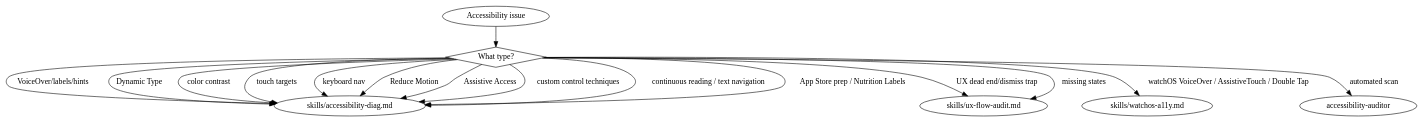
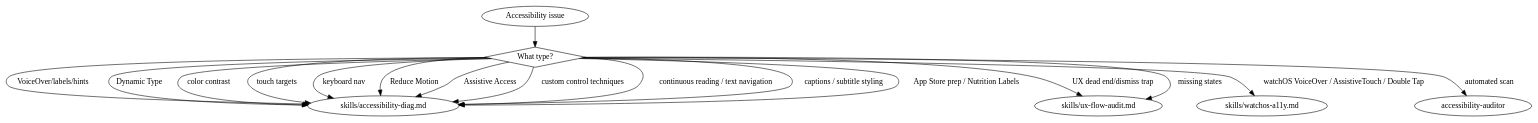
The diagram in axiom-codex/skills/axiom-accessibility/SKILL.md (CharlesWiltgen/Axiom), drawn with Graphviz before and after one commit. The commit also changed other lines of this file and 51 other files, not shown here.

First line of the commit message:
feat(os27): fold subtitle/caption styling and assorted iOS 27 APIs across surfaces

````diff
--- a/axiom-codex/skills/axiom-accessibility/SKILL.md
+++ b/axiom-codex/skills/axiom-accessibility/SKILL.md
@@ -42,22 +43,23 @@
 ```dot
 digraph accessibility {
     start [label="Accessibility issue" shape=ellipse];
     what [label="What type?" shape=diamond];
 
     start -> what;
     what -> "skills/accessibility-diag.md" [label="VoiceOver/labels/hints"];
     what -> "skills/accessibility-diag.md" [label="Dynamic Type"];
     what -> "skills/accessibility-diag.md" [label="color contrast"];
     what -> "skills/accessibility-diag.md" [label="touch targets"];
     what -> "skills/accessibility-diag.md" [label="keyboard nav"];
     what -> "skills/accessibility-diag.md" [label="Reduce Motion"];
     what -> "skills/accessibility-diag.md" [label="Assistive Access"];
     what -> "skills/accessibility-diag.md" [label="custom control techniques"];
     what -> "skills/accessibility-diag.md" [label="continuous reading / text navigation"];
+    what -> "skills/accessibility-diag.md" [label="captions / subtitle styling"];
     what -> "skills/accessibility-diag.md" [label="App Store prep / Nutrition Labels"];
     what -> "skills/ux-flow-audit.md" [label="UX dead end/dismiss trap"];
     what -> "skills/ux-flow-audit.md" [label="missing states"];
     what -> "skills/watchos-a11y.md" [label="watchOS VoiceOver / AssistiveTouch / Double Tap"];
     what -> "accessibility-auditor" [label="automated scan" shape=box];
 }
 ```
````
